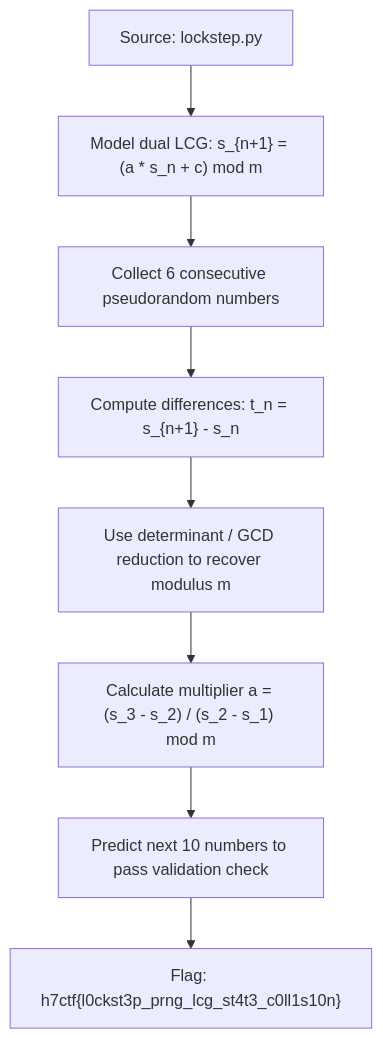
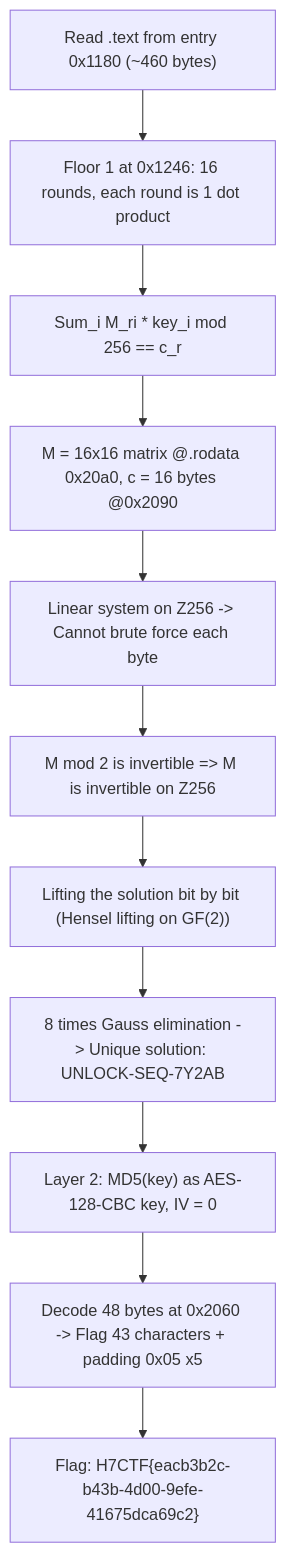
Before and after one commit to Lizamort1/ctf-writeups: the second of 2 diagrams in _posts/2026-09-27-lockstep.md, drawn with Mermaid. The commit also changed other lines of this file and 42 other files, not shown here.

Commit message:
fix: synchronize bilingual writeups and redraw diagrams

````diff
--- a/_posts/2026-09-27-lockstep.md
+++ b/_posts/2026-09-27-lockstep.md
@@ -102,10 +104,13 @@
 ```mermaid
 flowchart TD
-    A["Source: lockstep.py"] --> B["Model dual LCG: s_{n+1} = (a * s_n + c) mod m"]
-    B --> C["Collect 6 consecutive pseudorandom numbers"]
-    C --> D["Compute differences: t_n = s_{n+1} - s_n"]
-    D --> E["Use determinant / GCD reduction to recover modulus m"]
-    E --> F["Calculate multiplier a = (s_3 - s_2) / (s_2 - s_1) mod m"]
-    F --> G["Predict next 10 numbers to pass validation check"]
-    G --> H["Flag: h7ctf{l0ckst3p_prng_lcg_st4t3_c0ll1s10n}"]
+    A["Read .text from entry 0x1180 (~460 bytes)"] --> B["Floor 1 at 0x1246: 16 rounds, each round is 1 dot product"]
+    B --> C["Sum_i M_ri * key_i mod 256 == c_r"]
+    C --> D["M = 16x16 matrix @.rodata 0x20a0, c = 16 bytes @0x2090"]
+    D --> E["Linear system on Z256 -> Cannot brute force each byte"]
+    E --> F["M mod 2 is invertible => M is invertible on Z256"]
+    F --> G["Lifting the solution bit by bit (Hensel lifting on GF(2))"]
+    G --> H["8 times Gauss elimination -> Unique solution: UNLOCK-SEQ-7Y2AB"]
+    H --> I["Layer 2: MD5(key) as AES-128-CBC key, IV = 0"]
+    I --> J["Decode 48 bytes at 0x2060 -> Flag 43 characters + padding 0x05 x5"]
+    J --> K["Flag: H7CTF{eacb3b2c-b43b-4d00-9efe-41675dca69c2}"]
 ```
````
